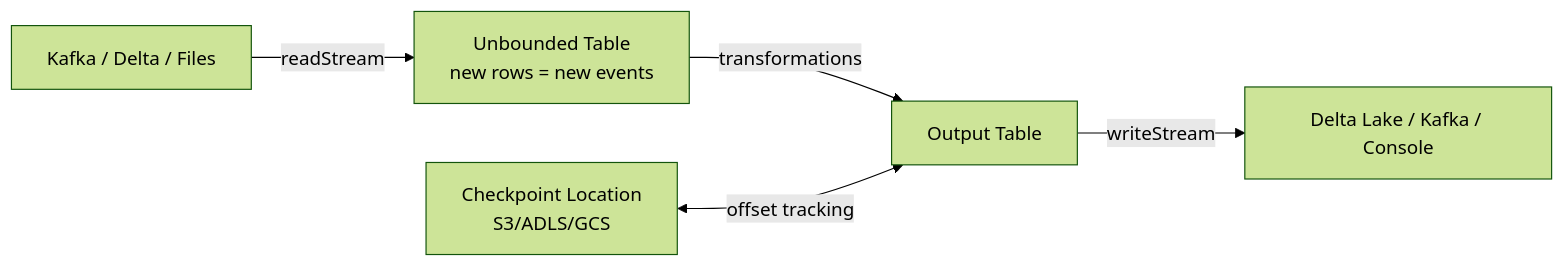
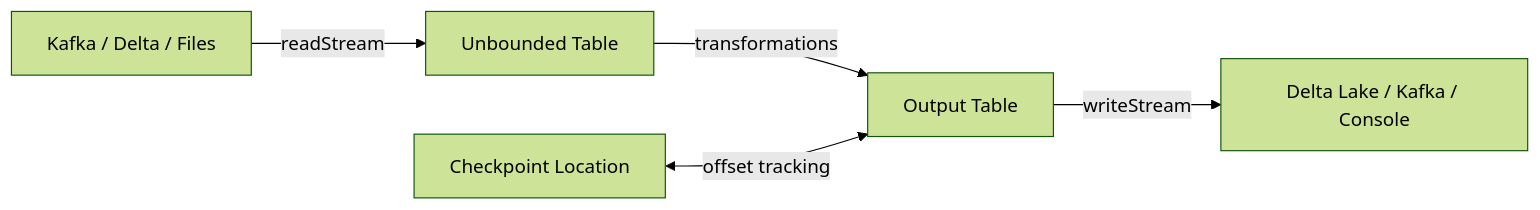
One commit to gcmishra7/data-engineering-helper changed the diagram in 05-databricks/04-structured-streaming-guide.md. Above: the diagram before and after it, drawn with Mermaid (forest theme). The commit also changed other lines of this file and 57 other files, not shown here.

First line of the commit message:
Shorten mermaid node labels to fix text truncation on GitHub

````diff
--- a/05-databricks/04-structured-streaming-guide.md
+++ b/05-databricks/04-structured-streaming-guide.md
@@ -8,7 +8,7 @@
 ```mermaid
 graph LR
-    K[Kafka / Delta / Files] -->|readStream| T[Unbounded Table<br/>new rows = new events]
+    K[Kafka / Delta / Files] -->|readStream| T[Unbounded Table]
     T -->|transformations| O[Output Table]
     O -->|writeStream| D[Delta Lake / Kafka / Console]
-    CP[Checkpoint Location<br/>S3/ADLS/GCS] <-->|offset tracking| O
+    CP[Checkpoint Location] <-->|offset tracking| O
 ```
````
